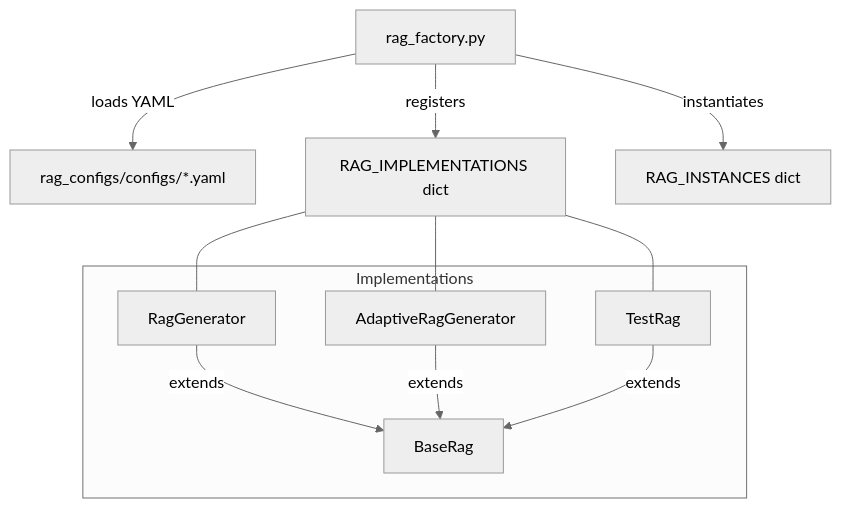
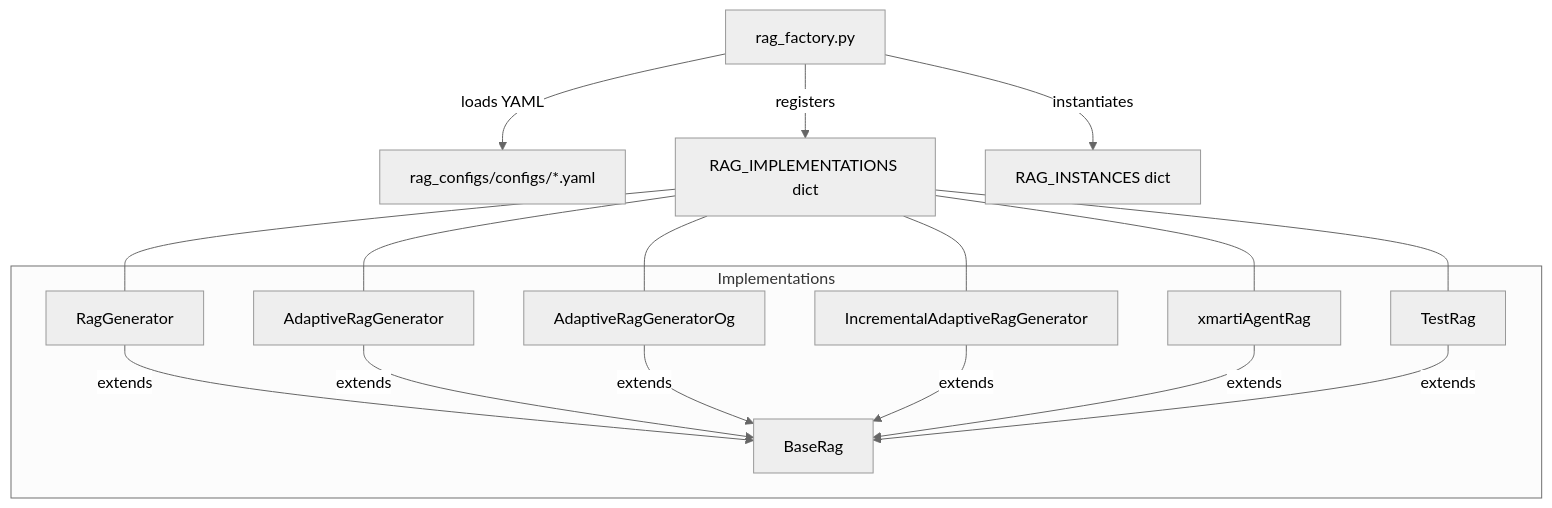
Before and after one commit to DCGM/semant-demo: the fourth of 6 diagrams in docs/ARCHITECTURE.md, drawn with Mermaid (neutral theme). The commit also changed other lines of this file and 2 other files, not shown here.

````diff
--- a/docs/ARCHITECTURE.md
+++ b/docs/ARCHITECTURE.md
@@ -187,14 +187,17 @@
 ```mermaid
 flowchart TD
     FACTORY[rag_factory.py] -->|loads YAML| CONFIGS[rag_configs/configs/*.yaml]
     FACTORY -->|registers| REGISTRY["RAG_IMPLEMENTATIONS dict"]
     FACTORY -->|instantiates| INSTANCES["RAG_INSTANCES dict"]
 
     subgraph Implementations
         RG[RagGenerator] -->|extends| BASE[BaseRag]
         ARG[AdaptiveRagGenerator] -->|extends| BASE
+        AOG[AdaptiveRagGeneratorOg] -->|extends| BASE
+        IR[IncrementalAdaptiveRagGenerator] -->|extends| BASE
+        AR[xmartiAgentRag] -->|extends| BASE
         TR[TestRag] -->|extends| BASE
     end
 
-    REGISTRY --- RG & ARG & TR
+    REGISTRY --- RG & ARG & AOG & IR & AR & TR
 ```
````
